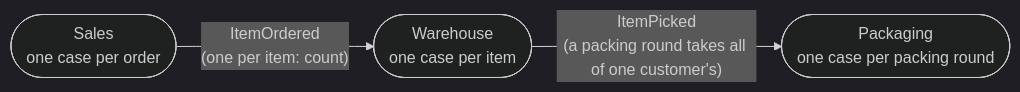
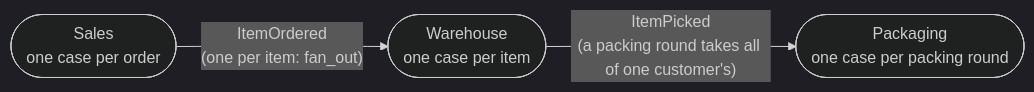
Before and after one commit to AutomatedProcessImprovement/Prosimos: the diagram in docs/order-management.md, drawn with Mermaid (dark theme). The commit also changed other lines of this file and 22 other files, not shown here.

Commit message:
Rename the publish entry's count to fan_out

````diff
--- a/docs/order-management.md
+++ b/docs/order-management.md
@@ -56,9 +56,9 @@
 ```mermaid
 flowchart LR
     Sales([Sales<br/>one case per order])
     Warehouse([Warehouse<br/>one case per item])
     Packaging([Packaging<br/>one case per packing round])
 
-    Sales -->|"ItemOrdered<br/>(one per item: count)"| Warehouse
+    Sales -->|"ItemOrdered<br/>(one per item: fan_out)"| Warehouse
     Warehouse -->|"ItemPicked<br/>(a packing round takes all of one customer's)"| Packaging
 ```
````
